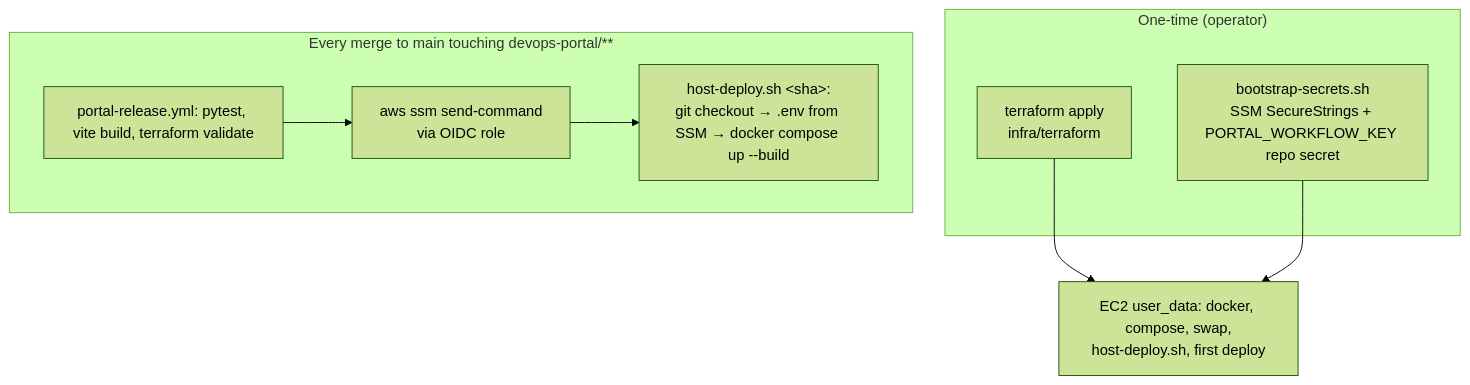
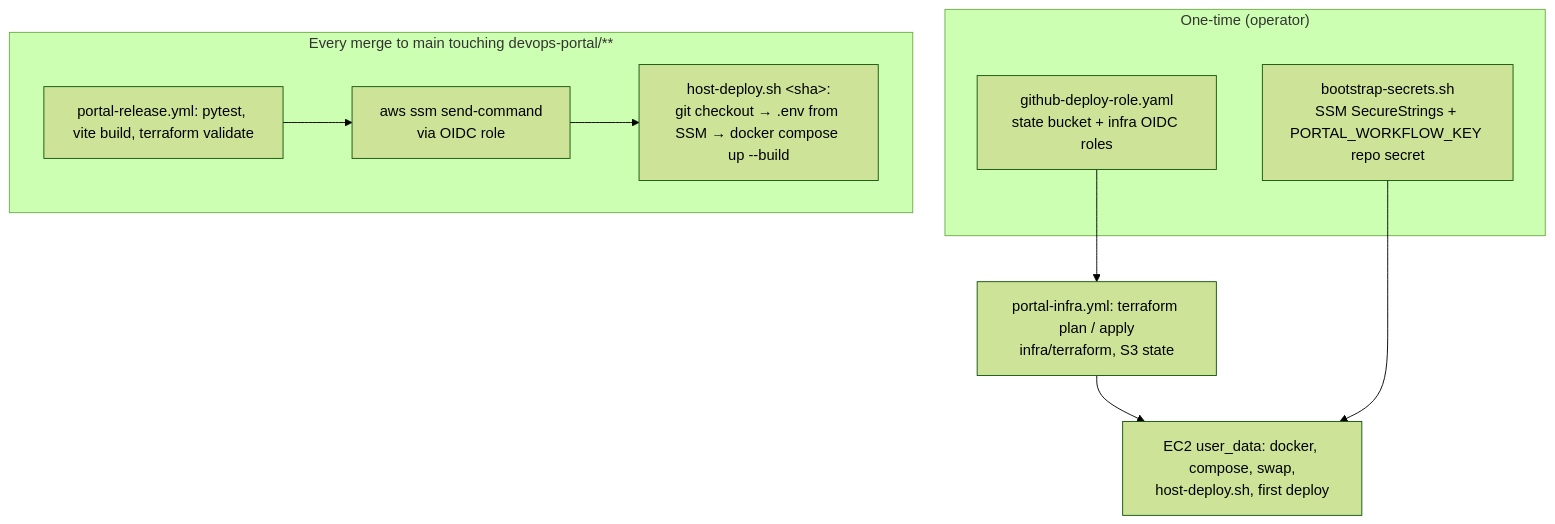
One commit to ECD2026/control_tower changed the fifth of 5 diagrams in docs/architecture.md. Above: the diagram before and after it, drawn with Mermaid (forest theme). The commit also changed other lines of this file and 15 other files, not shown here.

````diff
--- a/docs/architecture.md
+++ b/docs/architecture.md
@@ -297,14 +298,15 @@
 ```mermaid
 flowchart TB
     subgraph once["One-time (operator)"]
         S[bootstrap-secrets.sh<br/>SSM SecureStrings + PORTAL_WORKFLOW_KEY repo secret]
-        T[terraform apply<br/>infra/terraform]
+        R[github-deploy-role.yaml<br/>state bucket + infra OIDC roles]
     end
+    R --> T[portal-infra.yml: terraform plan / apply<br/>infra/terraform, S3 state]
     T --> UD[EC2 user_data: docker, compose, swap,<br/>host-deploy.sh, first deploy]
     S --> UD
     subgraph every["Every merge to main touching devops-portal/**"]
         PRW[portal-release.yml: pytest, vite build, terraform validate]
         PRW --> SSM[aws ssm send-command<br/>via OIDC role]
         SSM --> HD[host-deploy.sh &lt;sha&gt;:<br/>git checkout → .env from SSM → docker compose up --build]
     end
 ```
````
